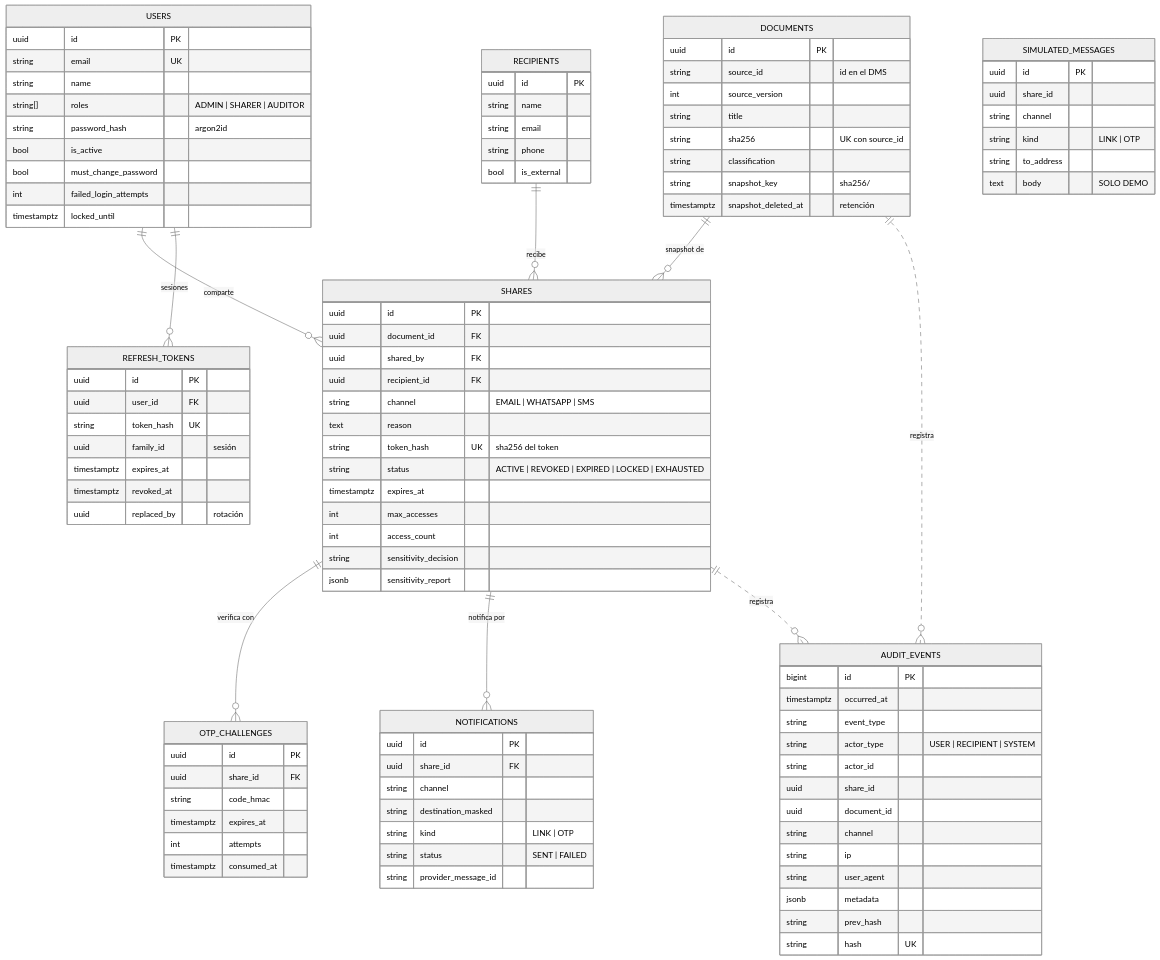
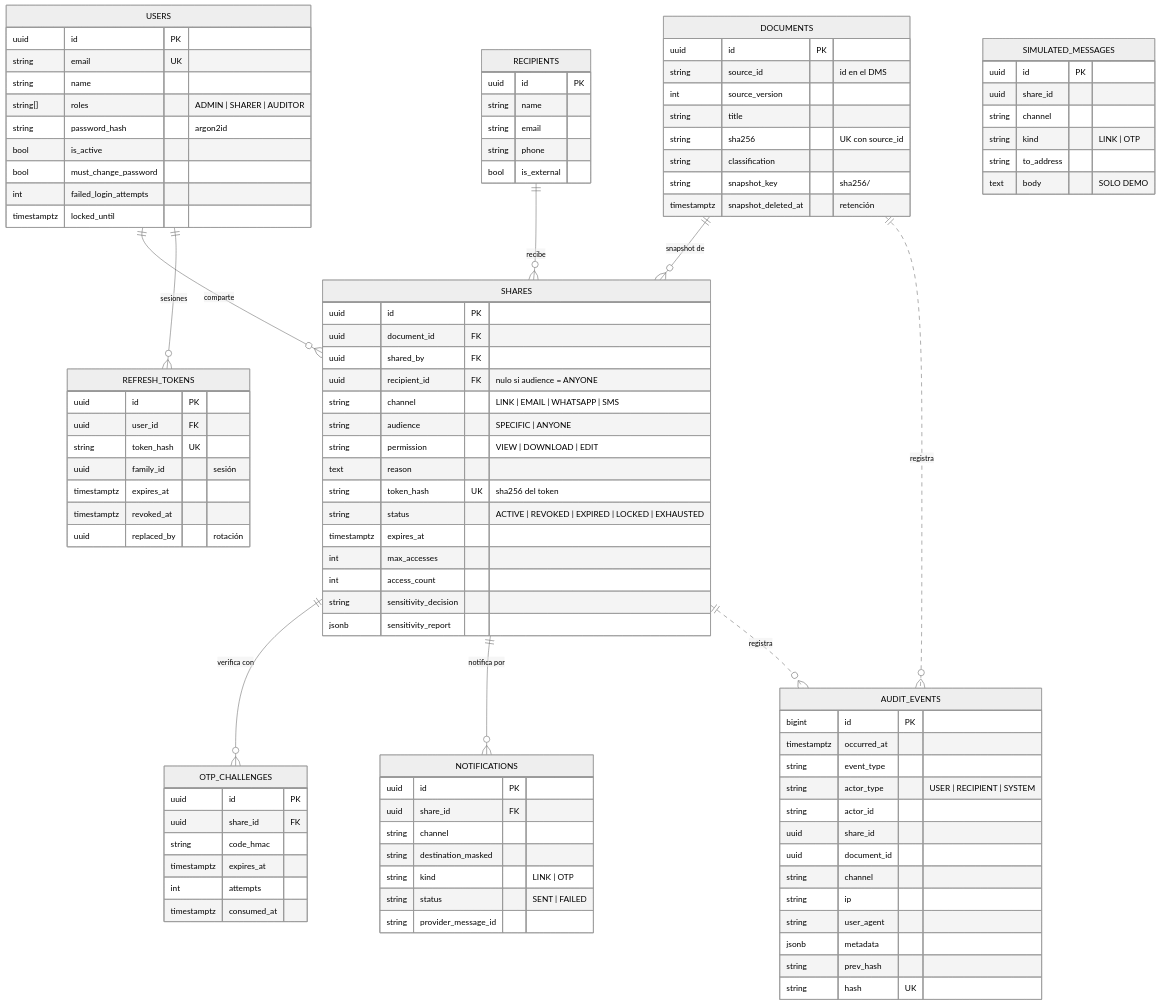
Before and after one commit to samilr/thinknex-docshare: the first of 2 diagrams in docs/03-modelo-datos.md, drawn with Mermaid (neutral theme). The commit also changed other lines of this file and 5 other files, not shown here.

```diff
--- a/docs/03-modelo-datos.md
+++ b/docs/03-modelo-datos.md
@@ -64,8 +64,10 @@
         uuid id PK
         uuid document_id FK
         uuid shared_by FK
-        uuid recipient_id FK
-        string channel "EMAIL | WHATSAPP | SMS"
+        uuid recipient_id FK "nulo si audience = ANYONE"
+        string channel "LINK | EMAIL | WHATSAPP | SMS"
+        string audience "SPECIFIC | ANYONE"
+        string permission "VIEW | DOWNLOAD | EDIT"
         text reason
         string token_hash UK "sha256 del token"
         string status "ACTIVE | REVOKED | EXPIRED | LOCKED | EXHAUSTED"
```
